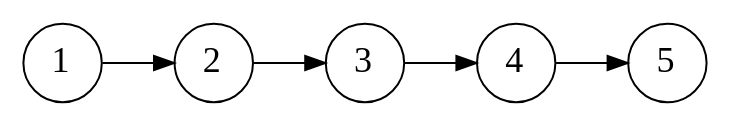
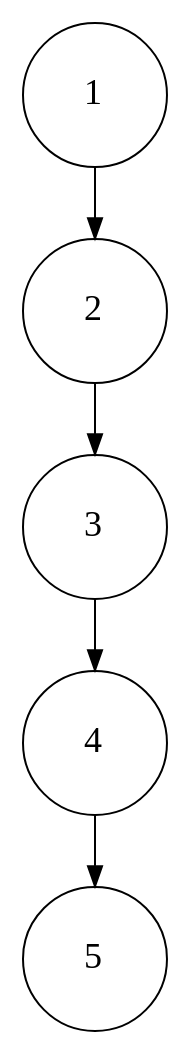
One commit to mustafasencer/AlgorithmDataStructureWithGraphviz changed the diagram in data_structures/linked_list/singly_linked_list/build/Digraph.gv. Above: the diagram before and after it, drawn with Graphviz. The commit also changed 15 other files, not shown here.

```diff
--- a/data_structures/linked_list/singly_linked_list/build/Digraph.gv
+++ b/data_structures/linked_list/singly_linked_list/build/Digraph.gv
@@ -1,12 +1,12 @@
 digraph {
-	name=Tree rankdir=LR
-	1 [label=<<FONT POINT-SIZE="18" FACE="ubuntu">1</FONT><BR ALIGN="CENTER"/>> shape=circle]
+	name=Tree rankdir=TB
+	1 [label=<<FONT POINT-SIZE="18" FACE="ubuntu">1</FONT><BR ALIGN="CENTER"/>> height=1 shape=circle width=1]
 	1 -> 2
-	2 [label=<<FONT POINT-SIZE="18" FACE="ubuntu">2</FONT><BR ALIGN="CENTER"/>> shape=circle]
+	2 [label=<<FONT POINT-SIZE="18" FACE="ubuntu">2</FONT><BR ALIGN="CENTER"/>> height=1 shape=circle width=1]
 	2 -> 3
-	3 [label=<<FONT POINT-SIZE="18" FACE="ubuntu">3</FONT><BR ALIGN="CENTER"/>> shape=circle]
+	3 [label=<<FONT POINT-SIZE="18" FACE="ubuntu">3</FONT><BR ALIGN="CENTER"/>> height=1 shape=circle width=1]
 	3 -> 4
-	4 [label=<<FONT POINT-SIZE="18" FACE="ubuntu">4</FONT><BR ALIGN="CENTER"/>> shape=circle]
+	4 [label=<<FONT POINT-SIZE="18" FACE="ubuntu">4</FONT><BR ALIGN="CENTER"/>> height=1 shape=circle width=1]
 	4 -> 5
-	5 [label=<<FONT POINT-SIZE="18" FACE="ubuntu">5</FONT><BR ALIGN="CENTER"/>> shape=circle]
+	5 [label=<<FONT POINT-SIZE="18" FACE="ubuntu">5</FONT><BR ALIGN="CENTER"/>> height=1 shape=circle width=1]
 }
```
